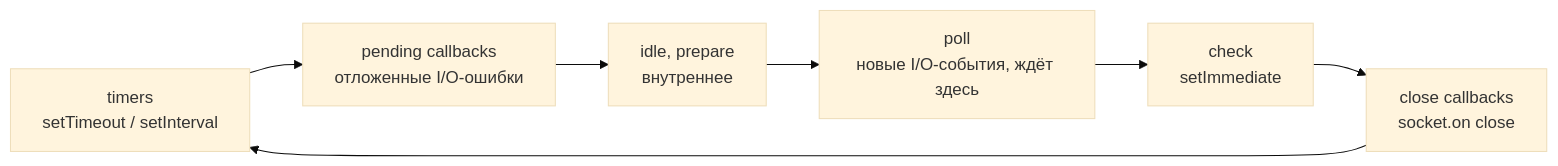
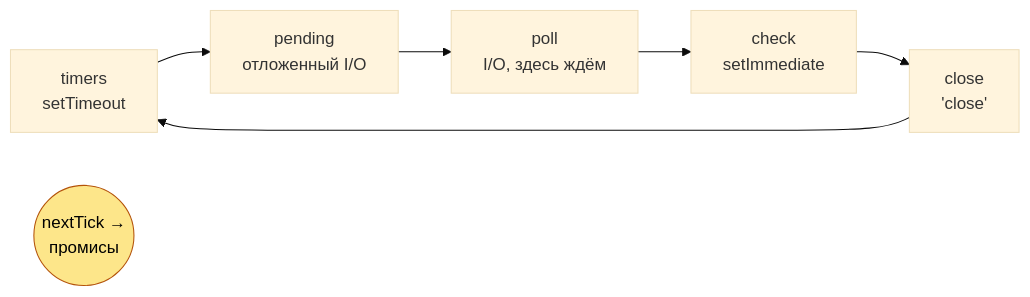
Before and after one commit to Elaman19/system-design: the second of 5 diagrams in docs/cheatsheet.md, drawn with Mermaid (base theme). The commit also changed other lines of this file, not shown here.

````diff
--- a/docs/cheatsheet.md
+++ b/docs/cheatsheet.md
@@ -35,9 +56,10 @@
 ```mermaid
 flowchart LR
-  T[timers<br/>setTimeout / setInterval] --> P[pending callbacks<br/>отложенные I/O-ошибки]
-  P --> I[idle, prepare<br/>внутреннее]
-  I --> PO[poll<br/>новые I/O-события, ждёт здесь]
-  PO --> C[check<br/>setImmediate]
-  C --> CL[close callbacks<br/>socket.on close]
+  T["timers<br/>setTimeout"] --> P["pending<br/>отложенный I/O"]
+  P --> PO["poll<br/>I/O, здесь ждём"]
+  PO --> C["check<br/>setImmediate"]
+  C --> CL["close<br/>'close'"]
   CL --> T
+  M(("nextTick →<br/>промисы")):::micro
+  classDef micro fill:#fde68a,stroke:#b45309,color:#000
 ```
````
